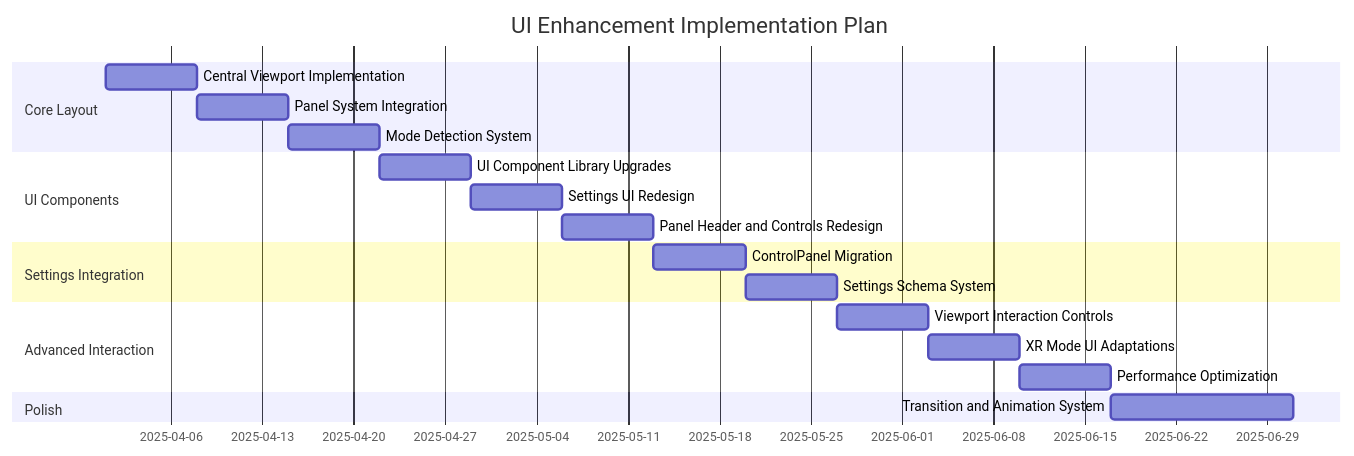
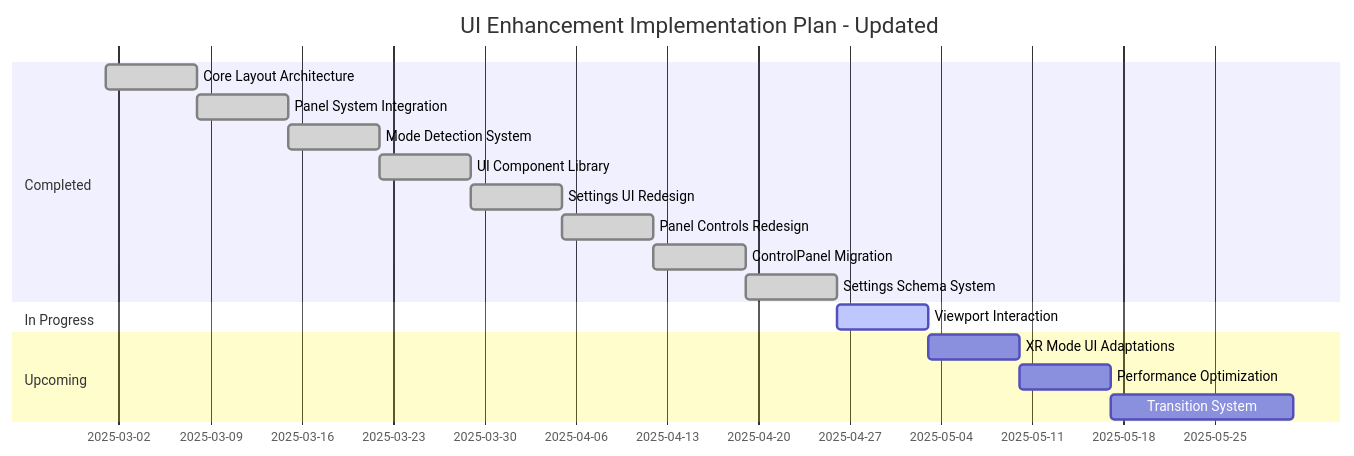
The second of 3 diagrams in docs/UI-TODO.md (jjohare/logseqSpringThing), drawn with Mermaid before and after one commit. The commit also changed other lines of this file and 43 other files, not shown here.

````diff
--- a/docs/UI-TODO.md
+++ b/docs/UI-TODO.md
@@ -590,22 +490,20 @@
 ```mermaid
 gantt
-    title UI Enhancement Implementation Plan
+    title UI Enhancement Implementation Plan - Updated
     dateFormat  YYYY-MM-DD
-    section Core Layout
-    Central Viewport Implementation      :a1, 2025-04-01, 7d
-    Panel System Integration            :a2, after a1, 7d
-    Mode Detection System              :a3, after a2, 7d
-    section UI Components
-    UI Component Library Upgrades       :b1, after a3, 7d
-    Settings UI Redesign               :b2, after b1, 7d
-    Panel Header and Controls Redesign  :b3, after b2, 7d
-    section Settings Integration
-    ControlPanel Migration              :c1, after b3, 7d
-    Settings Schema System             :c2, after c1, 7d
-    section Advanced Interaction
-    Viewport Interaction Controls       :d1, after c2, 7d
-    XR Mode UI Adaptations             :d2, after d1, 7d
-    Performance Optimization           :d3, after d2, 7d
-    section Polish
-    Transition and Animation System     :e1, after d3, 14d
+    section Completed
+    Core Layout Architecture      :done, a1, 2025-03-01, 7d
+    Panel System Integration     :done, a2, 2025-03-08, 7d
+    Mode Detection System        :done, a3, 2025-03-15, 7d
+    UI Component Library         :done, b1, 2025-03-22, 7d
+    Settings UI Redesign         :done, b2, 2025-03-29, 7d
+    Panel Controls Redesign      :done, b3, 2025-04-05, 7d
+    ControlPanel Migration       :done, c1, 2025-04-12, 7d
+    Settings Schema System       :done, c2, 2025-04-19, 7d
+    section In Progress
+    Viewport Interaction         :active, d1, 2025-04-26, 7d
+    section Upcoming
+    XR Mode UI Adaptations       :d2, after d1, 7d
+    Performance Optimization     :d3, after d2, 7d
+    Transition System            :e1, after d3, 14d
 ```
````
